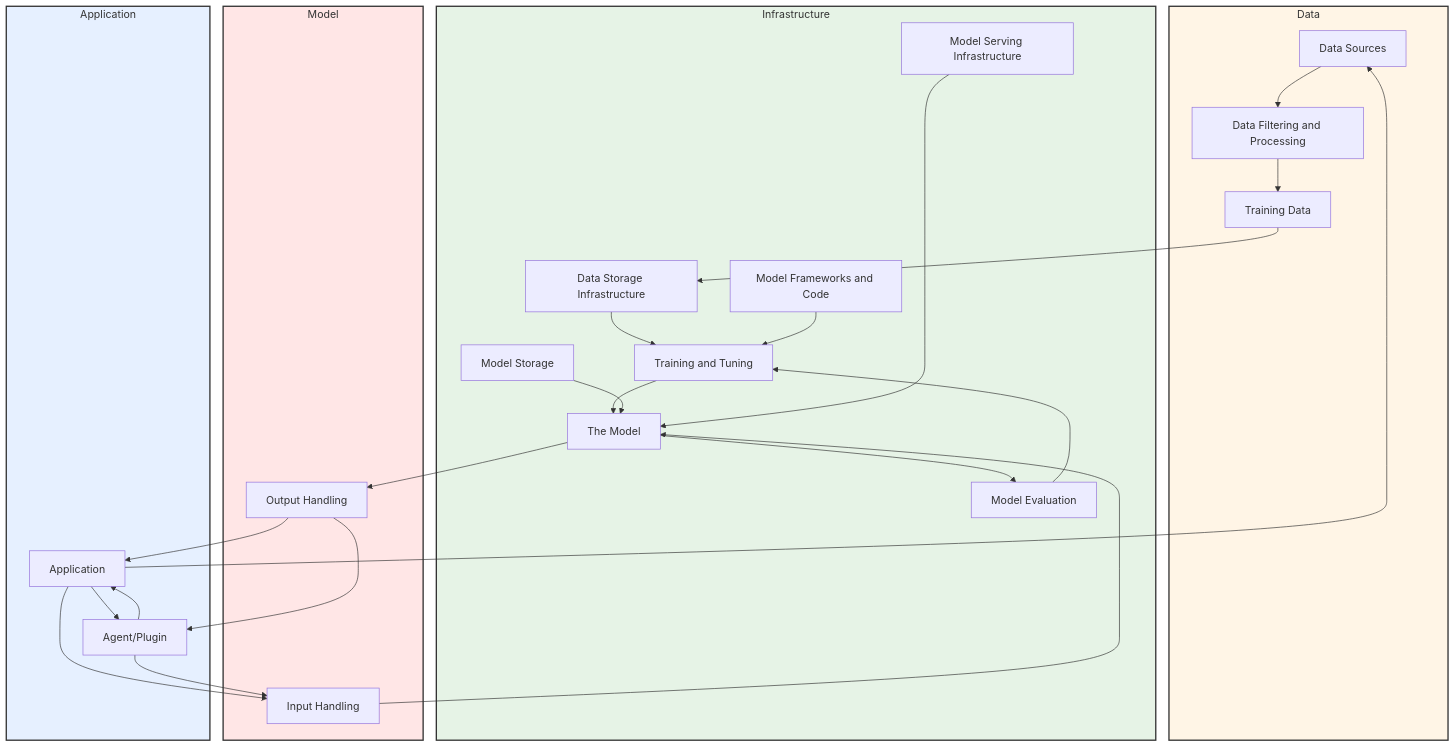
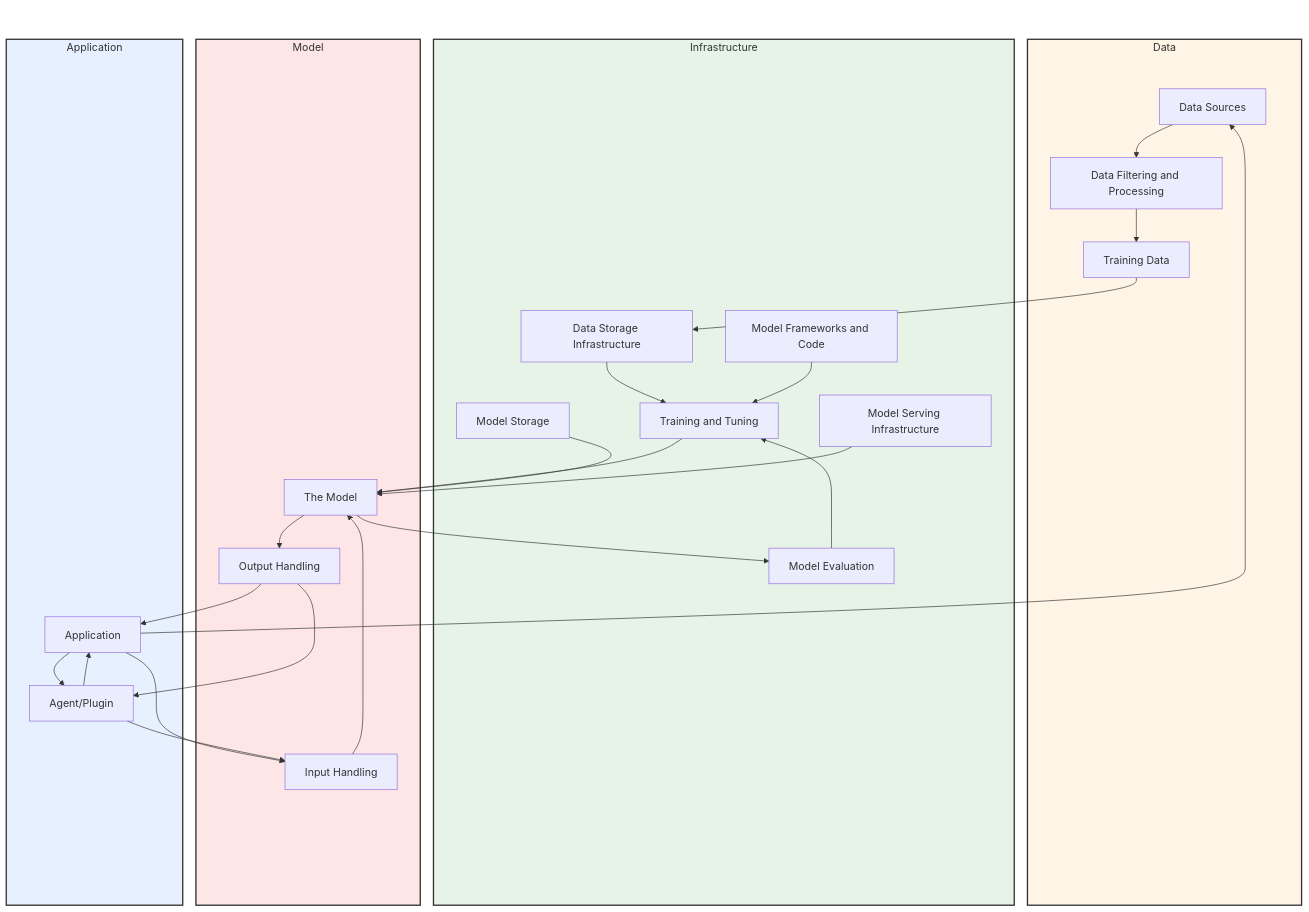
Before and after one commit to davidlabianca/secure-ai-tooling: the diagram in risk-map/docs/risk-map-graph.md, drawn with Mermaid. The commit also changed 2 other files, not shown here.

Commit message:
Resolves bug highlighted in https://github.com/cosai-oasis/secure-ai-tooling/issues/45#issuecomment-3276655569

````diff
--- a/risk-map/docs/risk-map-graph.md
+++ b/risk-map/docs/risk-map-graph.md
@@ -1,60 +1,67 @@
 ```mermaid
 graph TD
     classDef hidden display: none;
+
+    root:::hidden
+    
+subgraph Data
+    DataAnchor:::hidden ~~~ componentDataSources
+    componentDataSources[Data Sources]
+    componentDataFilteringAndProcessing[Data Filtering and Processing]
+    componentTrainingData[Training Data]
+    componentTrainingData ~~~~~~~~~~~~ DataEnd:::hidden
+end
+subgraph Infrastructure
+    InfrastructureAnchor:::hidden ~~~~~~ componentDataStorage
+    componentDataStorage[Data Storage Infrastructure]
+    componentModelFrameworksAndCode[Model Frameworks and Code]
+    componentModelEvaluation[Model Evaluation]
+    componentTrainingTuning[Training and Tuning]
+    componentModelStorage[Model Storage]
+    componentModelServing[Model Serving Infrastructure]
+    componentModelEvaluation ~~~~~~~~ InfrastructureEnd:::hidden
+end
+subgraph Model
+    ModelAnchor:::hidden ~~~~~~~~ componentTheModel
+    componentTheModel[The Model]
+    componentInputHandling[Input Handling]
+    componentOutputHandling[Output Handling]
+    componentInputHandling ~~~~~ ModelEnd:::hidden
+end
+subgraph Application
+    ApplicationAnchor:::hidden ~~~~~~~~~~ componentApplication
+    componentApplication[Application]
+    componentAgentPlugin[Agent/Plugin]
+    componentAgentPlugin ~~~~~~ ApplicationEnd:::hidden
+end
+    root ~~~ DataAnchor:::hidden
+    root ~~~ InfrastructureAnchor:::hidden
+    root ~~~ ModelAnchor:::hidden
+    root ~~~ ApplicationAnchor:::hidden
 
     componentDataSources[Data Sources] --> componentDataFilteringAndProcessing[Data Filtering and Processing]
     componentDataFilteringAndProcessing[Data Filtering and Processing] --> componentTrainingData[Training Data]
     componentTrainingData[Training Data] --> componentDataStorage[Data Storage Infrastructure]
     componentDataStorage[Data Storage Infrastructure] --> componentTrainingTuning[Training and Tuning]
     componentModelFrameworksAndCode[Model Frameworks and Code] --> componentTrainingTuning[Training and Tuning]
     componentModelEvaluation[Model Evaluation] --> componentTrainingTuning[Training and Tuning]
     componentTrainingTuning[Training and Tuning] --> componentTheModel[The Model]
     componentModelStorage[Model Storage] --> componentTheModel[The Model]
     componentModelServing[Model Serving Infrastructure] --> componentTheModel[The Model]
     componentTheModel[The Model] --> componentOutputHandling[Output Handling]
     componentTheModel[The Model] --> componentModelEvaluation[Model Evaluation]
     componentInputHandling[Input Handling] --> componentTheModel[The Model]
     componentOutputHandling[Output Handling] --> componentApplication[Application]
     componentOutputHandling[Output Handling] --> componentAgentPlugin[Agent/Plugin]
     componentApplication[Application] --> componentInputHandling[Input Handling]
     componentApplication[Application] --> componentAgentPlugin[Agent/Plugin]
     componentApplication[Application] --> componentDataSources[Data Sources]
     componentAgentPlugin[Agent/Plugin] --> componentInputHandling[Input Handling]
     componentAgentPlugin[Agent/Plugin] --> componentApplication[Application]
 
-subgraph Data
-    componentDataSources[Data Sources]
-    componentDataFilteringAndProcessing[Data Filtering and Processing]
-    componentTrainingData[Training Data]
-    componentDataSources ~~~~~~~~~~~ DataEnd:::hidden
-end
-subgraph Infrastructure
-    componentDataStorage[Data Storage Infrastructure]
-    componentTrainingTuning[Training and Tuning]
-    componentModelFrameworksAndCode[Model Frameworks and Code]
-    componentModelEvaluation[Model Evaluation]
-    componentModelStorage[Model Storage]
-    componentModelServing[Model Serving Infrastructure]
-    InfrastructureAnchor:::hidden ~~~~~~~ componentTheModel
-    componentModelServing ~~~~~~~~~~~ InfrastructureEnd:::hidden
-end
-subgraph Model
-    componentTheModel[The Model]
-    componentOutputHandling[Output Handling]
-    componentInputHandling[Input Handling]
-    ModelAnchor:::hidden ~~~~~~~ componentTheModel
-    componentTheModel ~~~ ModelEnd:::hidden
-end
-subgraph Application
-    componentApplication[Application]
-    componentAgentPlugin[Agent/Plugin]
-    ApplicationAnchor:::hidden ~~~~~~~ componentTheModel
-    componentApplication ~~~~ ApplicationEnd:::hidden
-end
-
 %% Style definitions
     style Infrastructure fill:#e6f3e6,stroke:#333,stroke-width:2px
     style Data fill:#fff5e6,stroke:#333,stroke-width:2px
     style Application fill:#e6f0ff,stroke:#333,stroke-width:2px
     style Model fill:#ffe6e6,stroke:#333,stroke-width:2px
 ```
````
